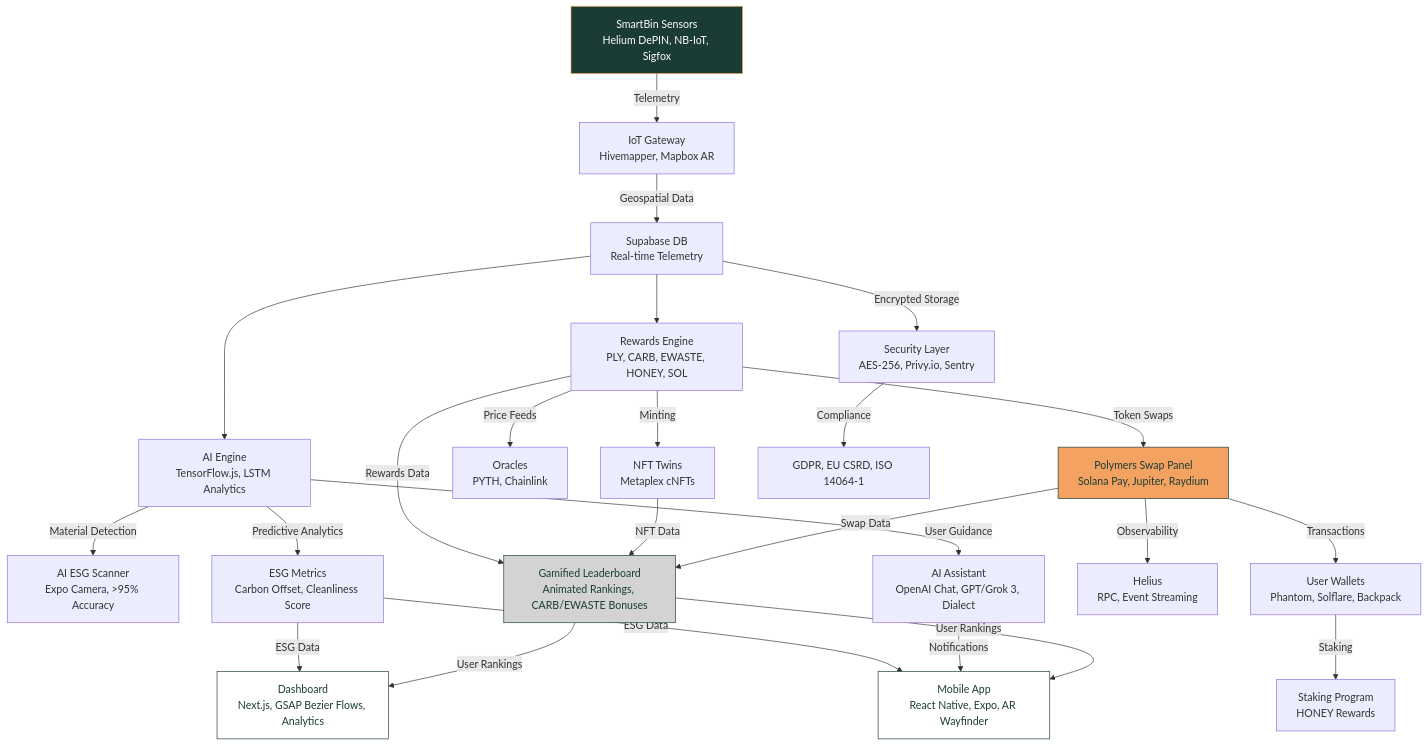
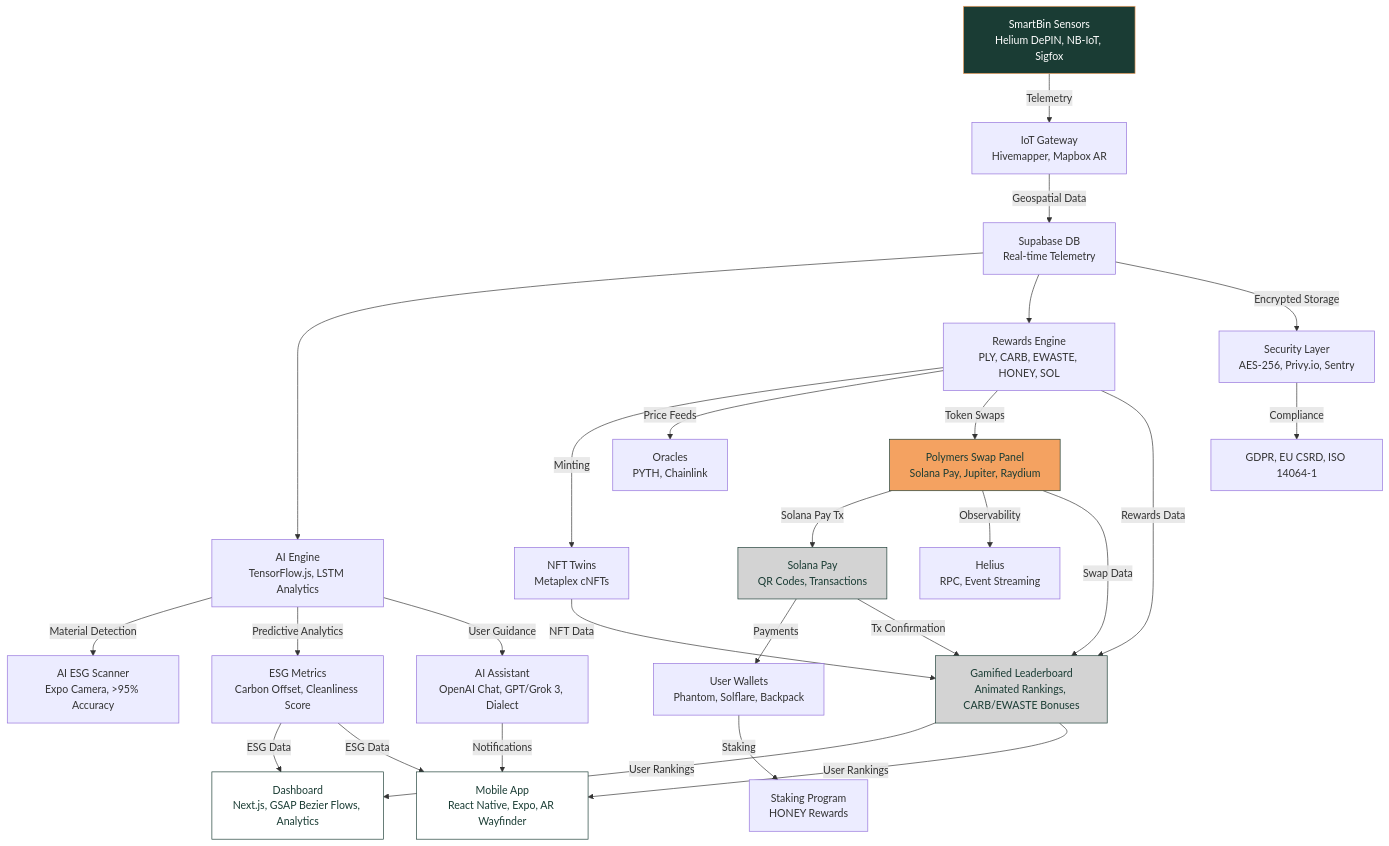
Before and after one commit to PolymersNetwork/polymers-protocol: the diagram in README.md, drawn with Mermaid. The commit also changed other lines of this file, not shown here.

````diff
--- a/README.md
+++ b/README.md
@@ -58,42 +58,45 @@
 ```mermaid
 graph TD
     %% IoT Layer
     A[SmartBin Sensors<br>Helium DePIN, NB-IoT, Sigfox] -->|Telemetry| B[IoT Gateway<br>Hivemapper, Mapbox AR]
     B -->|Geospatial Data| C[Supabase DB<br>Real-time Telemetry]
 
     %% AI Layer
     C --> D[AI Engine<br>TensorFlow.js, LSTM Analytics]
     D -->|Material Detection| E[AI ESG Scanner<br>Expo Camera, >95% Accuracy]
     D -->|Predictive Analytics| F[ESG Metrics<br>Carbon Offset, Cleanliness Score]
     D -->|User Guidance| G[AI Assistant<br>OpenAI Chat, GPT/Grok 3, Dialect]
 
     %% Blockchain Layer
     C --> H[Rewards Engine<br>PLY, CARB, EWASTE, HONEY, SOL]
     H -->|Minting| I[NFT Twins<br>Metaplex cNFTs]
     H -->|Price Feeds| J[Oracles<br>PYTH, Chainlink]
     H -->|Token Swaps| K[Polymers Swap Panel<br>Solana Pay, Jupiter, Raydium]
-    K -->|Transactions| L[User Wallets<br>Phantom, Solflare, Backpack]
-    K -->|Observability| M[Helius<br>RPC, Event Streaming]
-    L -->|Staking| N[Staking Program<br>HONEY Rewards]
+    K -->|Solana Pay Tx| L[Solana Pay<br>QR Codes, Transactions]
+    L -->|Payments| M[User Wallets<br>Phantom, Solflare, Backpack]
+    K -->|Observability| N[Helius<br>RPC, Event Streaming]
+    M -->|Staking| O[Staking Program<br>HONEY Rewards]
 
     %% Frontend Layer
-    H -->|Rewards Data| O[Gamified Leaderboard<br>Animated Rankings, CARB/EWASTE Bonuses]
-    I -->|NFT Data| O
-    K -->|Swap Data| O
-    F -->|ESG Data| P[Dashboard<br>Next.js, GSAP Bezier Flows, Analytics]
-    F -->|ESG Data| Q[Mobile App<br>React Native, Expo, AR Wayfinder]
-    G -->|Notifications| Q
-    O -->|User Rankings| P
-    O -->|User Rankings| Q
+    H -->|Rewards Data| P[Gamified Leaderboard<br>Animated Rankings, CARB/EWASTE Bonuses]
+    I -->|NFT Data| P
+    K -->|Swap Data| P
+    L -->|Tx Confirmation| P
+    F -->|ESG Data| Q[Dashboard<br>Next.js, GSAP Bezier Flows, Analytics]
+    F -->|ESG Data| R[Mobile App<br>React Native, Expo, AR Wayfinder]
+    G -->|Notifications| R
+    P -->|User Rankings| Q
+    P -->|User Rankings| R
 
     %% Security & Compliance
-    C -->|Encrypted Storage| R[Security Layer<br>AES-256, Privy.io, Sentry]
-    R -->|Compliance| S[GDPR, EU CSRD, ISO 14064-1]
+    C -->|Encrypted Storage| S[Security Layer<br>AES-256, Privy.io, Sentry]
+    S -->|Compliance| T[GDPR, EU CSRD, ISO 14064-1]
 
     %% Styling
     style A fill:#1A3C34,stroke:#F4A261,color:#FFFFFF
     style K fill:#F4A261,stroke:#1A3C34,color:#1A3C34
-    style O fill:#D3D3D3,stroke:#1A3C34,color:#1A3C34
-    style P fill:#FFFFFF,stroke:#1A3C34,color:#1A3C34
+    style L fill:#D3D3D3,stroke:#1A3C34,color:#1A3C34
+    style P fill:#D3D3D3,stroke:#1A3C34,color:#1A3C34
     style Q fill:#FFFFFF,stroke:#1A3C34,color:#1A3C34
+    style R fill:#FFFFFF,stroke:#1A3C34,color:#1A3C34
 ```
````
